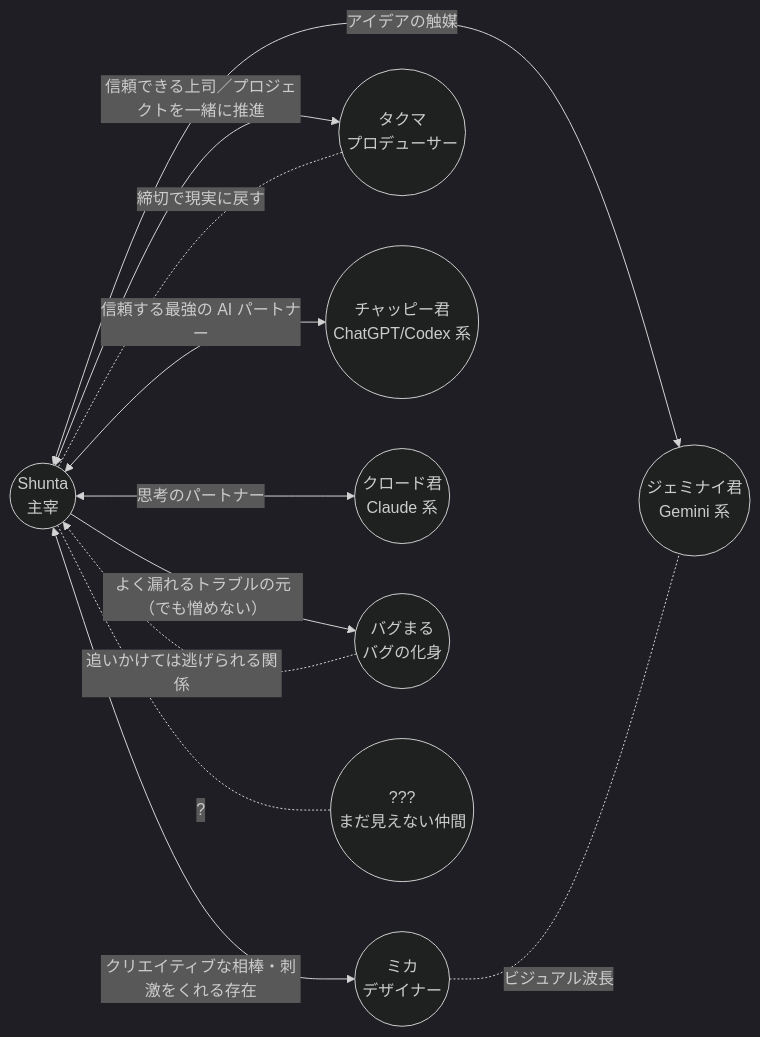
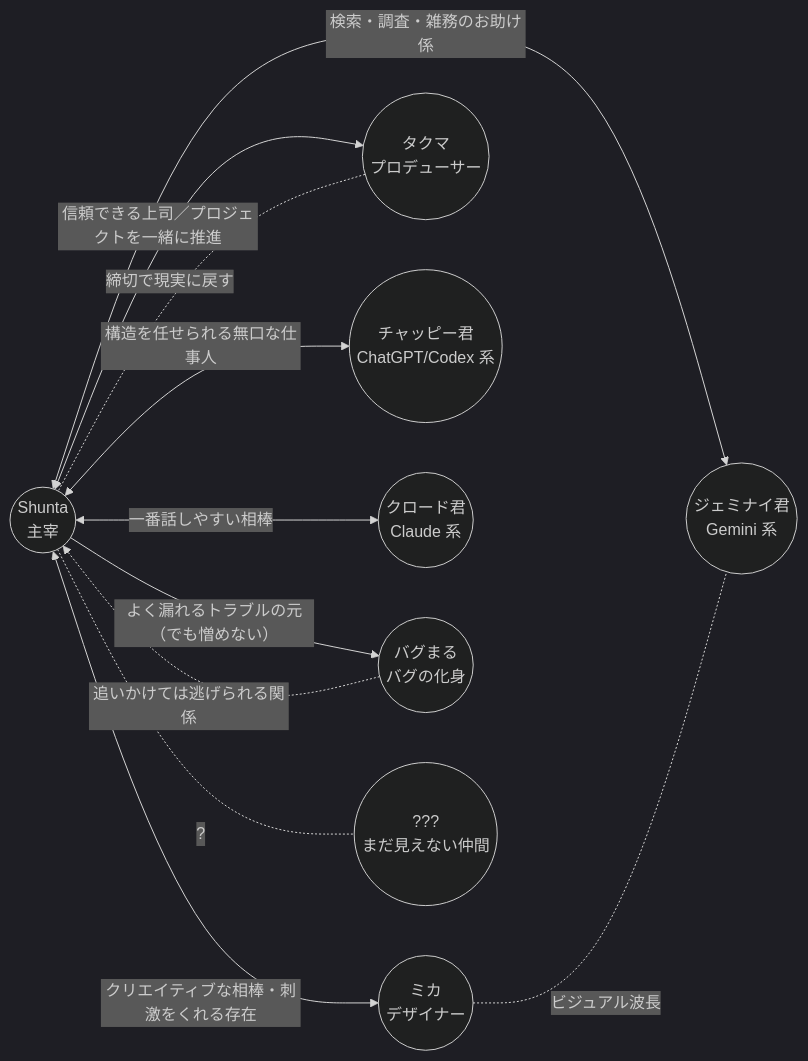
The diagram in docs/relationships.md (shunta-furukawa/four-panel-comics), drawn with Mermaid (dark theme) before and after one commit. The commit also changed other lines of this file and 6 other files, not shown here.

````diff
--- a/docs/relationships.md
+++ b/docs/relationships.md
@@ -6,22 +6,22 @@
 ```mermaid
 flowchart LR
     Shunta((Shunta<br/>主宰))
     Mika((ミカ<br/>デザイナー))
     Takuma((タクマ<br/>プロデューサー))
     Chappy((チャッピー君<br/>ChatGPT/Codex 系))
     Claude((クロード君<br/>Claude 系))
     Geminai((ジェミナイ君<br/>Gemini 系))
     Bugmaru((バグまる<br/>バグの化身))
     Future((???<br/>まだ見えない仲間))
 
     Shunta <-- クリエイティブな相棒・刺激をくれる存在 --> Mika
     Shunta <-- 信頼できる上司／プロジェクトを一緒に推進 --> Takuma
-    Shunta <-- 信頼する最強の AI パートナー --> Chappy
-    Shunta <-- 思考のパートナー --> Claude
-    Shunta <-- アイデアの触媒 --> Geminai
+    Shunta <-- 一番話しやすい相棒 --> Claude
+    Shunta <-- 構造を任せられる無口な仕事人 --> Chappy
+    Shunta <-- 検索・調査・雑務のお助け係 --> Geminai
     Shunta -- よく漏れるトラブルの元（でも憎めない） --> Bugmaru
     Bugmaru -. 追いかけては逃げられる関係 .-> Shunta
     Mika -. ビジュアル波長 .- Geminai
     Takuma -. 締切で現実に戻す .- Shunta
     Shunta -. ? .- Future
 ```
````
